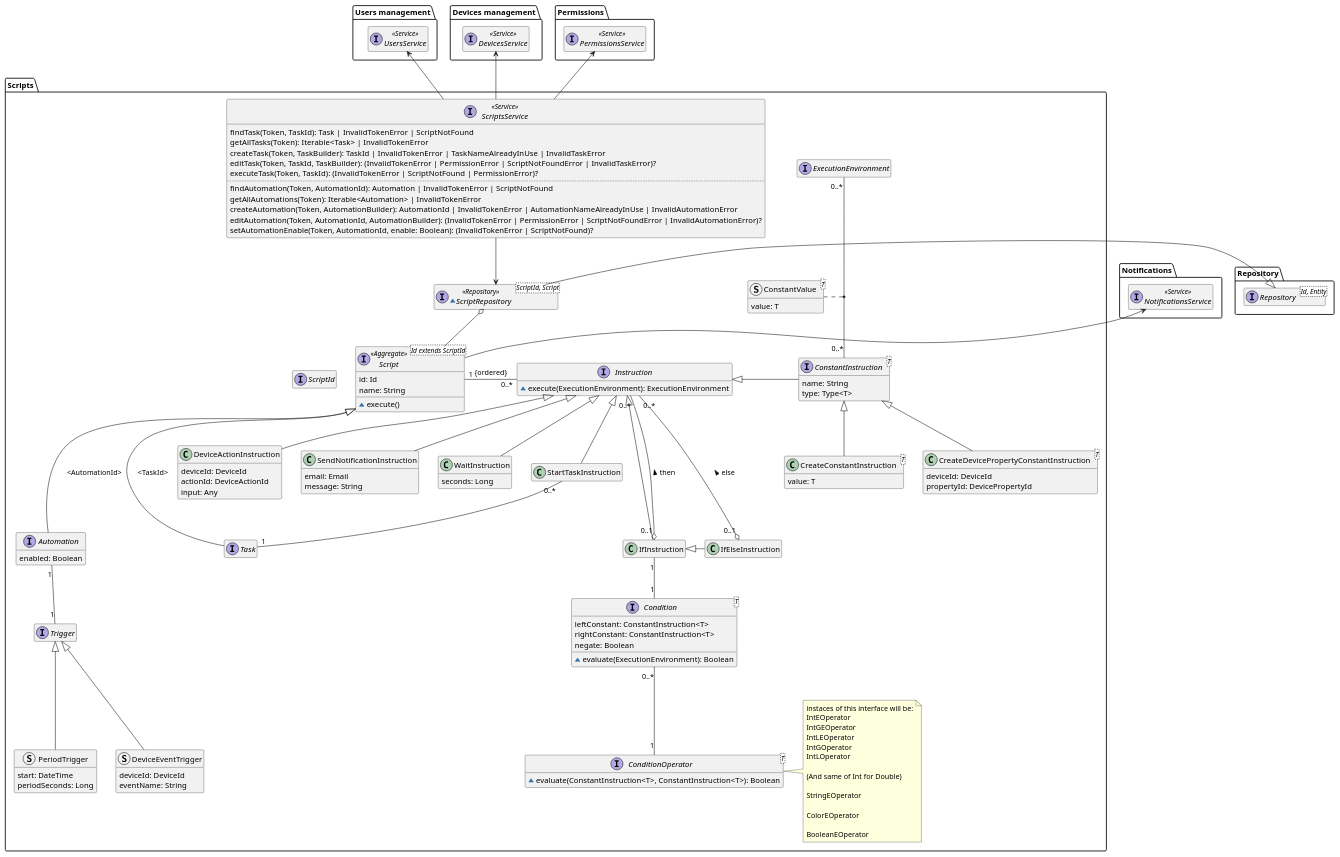
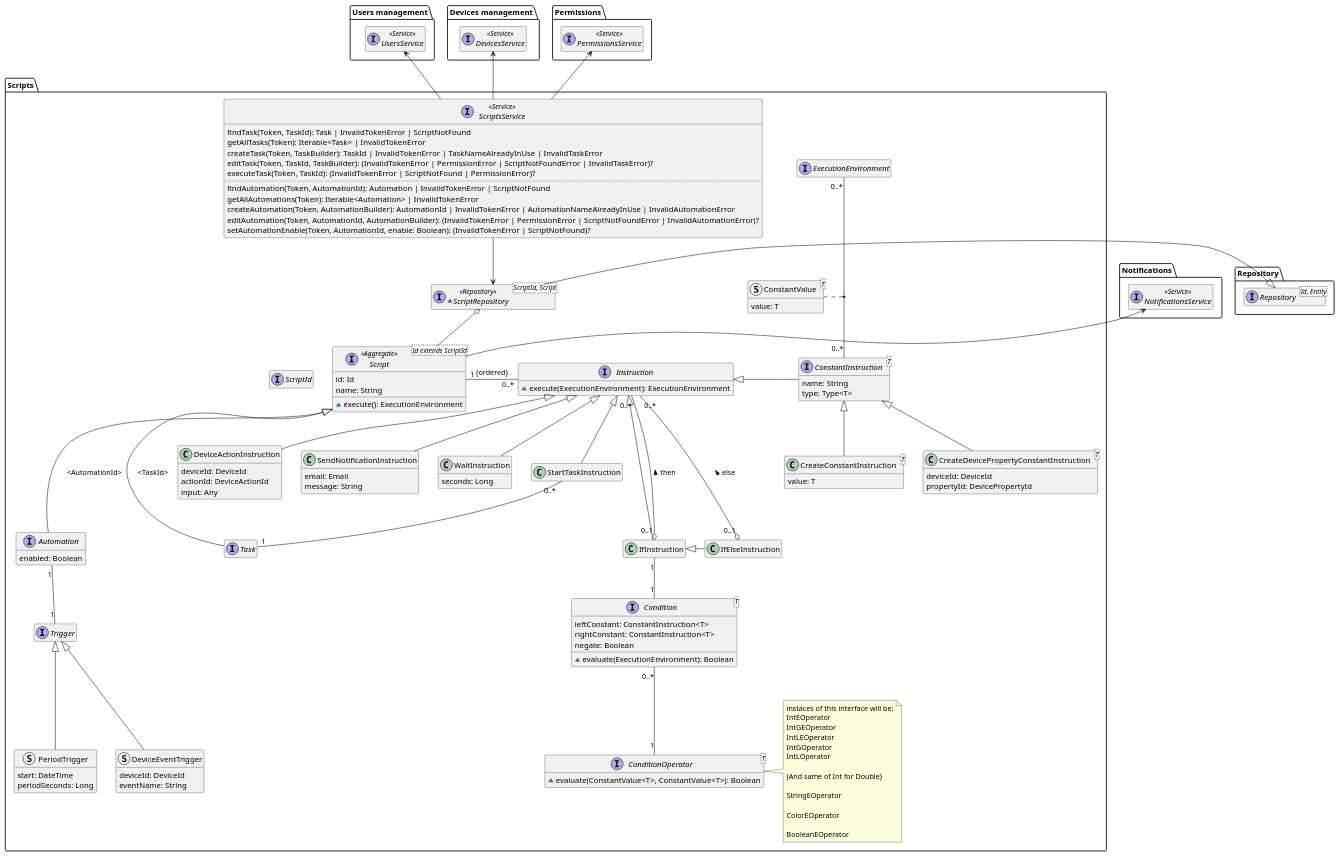
Before and after one commit to DomoticASW/.github: the diagram in diagrams/src/scripts-domain-model.puml, drawn with PlantUML. The commit also changed 2 other files, not shown here.

```diff
--- a/diagrams/src/scripts-domain-model.puml
+++ b/diagrams/src/scripts-domain-model.puml
@@ -1,165 +1,165 @@
 @startuml scripts-domain-model
 
 hide empty members
 package Repository{
     interface Repository<Id, Entity>
 }
 
 package "Users management" as UsersManagement {
     interface UsersService <<Service>>
 }
 
 package "Devices management" as DevicesManagement {
     interface DevicesService <<Service>>
 }
 
 package Permissions {
     interface PermissionsService <<Service>>
 }
 
 package Notifications {
     interface NotificationsService <<Service>>
 }
 
 package "Scripts" {
 
     interface ScriptId
 
     interface Script<Id extends ScriptId> <<Aggregate>> {
         id: Id
         name: String
-        ~execute()
+        ~execute(): ExecutionEnvironment
     }
 
     interface Task
     interface Automation {
         enabled: Boolean
     }
 
     interface Trigger
 
     struct DeviceEventTrigger extends Trigger {
         deviceId: DeviceId
         eventName: String
     }
 
     struct PeriodTrigger extends Trigger {
         start: DateTime
         periodSeconds: Long
     }
 
     interface Instruction {
         ~execute(ExecutionEnvironment): ExecutionEnvironment
     }
     class StartTaskInstruction extends Instruction
 
     class DeviceActionInstruction extends Instruction {
         deviceId: DeviceId
         actionId: DeviceActionId
         input: Any
     }
 
     class IfInstruction
 
     class IfElseInstruction
 
     class SendNotificationInstruction extends Instruction {
         email: Email
         message: String
     }
 
     class WaitInstruction extends Instruction {
         seconds: Long
     }
 
     interface ConstantInstruction<T> {
         name: String
         type: Type<T>
     }
 
     class CreateDevicePropertyConstantInstruction<T> extends ConstantInstruction {
         deviceId: DeviceId
         propertyId: DevicePropertyId
     }
 
     class CreateConstantInstruction<T> extends ConstantInstruction {
         value: T
     }
 
     interface Condition<T> {
         leftConstant: ConstantInstruction<T>
         rightConstant: ConstantInstruction<T>
         negate: Boolean
         ~evaluate(ExecutionEnvironment): Boolean
     }
 
     interface ConditionOperator<T> {
-        ~evaluate(ConstantInstruction<T>, ConstantInstruction<T>): Boolean
+        ~evaluate(ConstantValue<T>, ConstantValue<T>): Boolean
     }
 
     note right of ConditionOperator
         instaces of this interface will be:
         IntEOperator
         IntGEOperator
         IntLEOperator
         IntGOperator
         IntLOperator
 
         (And same of Int for Double)
 
         StringEOperator
 
         ColorEOperator
 
         BooleanEOperator
     end note
 
     interface ExecutionEnvironment
 
     struct ConstantValue<T> {
         value: T
     }
 
     ExecutionEnvironment "0..*" -- "0..*" ConstantInstruction
     ConstantValue .. (ExecutionEnvironment, ConstantInstruction)
 
     ~interface ScriptRepository<ScriptId, Script> <<Repository>> {
     }
     ScriptRepository -l-|> Repository.Repository
     ScriptRepository o-- Script
 
     interface ScriptsService <<Service>> {
         findTask(Token, TaskId): Task | InvalidTokenError | ScriptNotFound
         getAllTasks(Token): Iterable<Task> | InvalidTokenError
         createTask(Token, TaskBuilder): TaskId | InvalidTokenError | TaskNameAlreadyInUse | InvalidTaskError
         editTask(Token, TaskId, TaskBuilder): (InvalidTokenError | PermissionError | ScriptNotFoundError | InvalidTaskError)?
         executeTask(Token, TaskId): (InvalidTokenError | ScriptNotFound | PermissionError)?
         ..
         findAutomation(Token, AutomationId): Automation | InvalidTokenError | ScriptNotFound
         getAllAutomations(Token): Iterable<Automation> | InvalidTokenError
         createAutomation(Token, AutomationBuilder): AutomationId | InvalidTokenError | AutomationNameAlreadyInUse | InvalidAutomationError
         editAutomation(Token, AutomationId, AutomationBuilder): (InvalidTokenError | PermissionError | ScriptNotFoundError | InvalidAutomationError)?
         setAutomationEnable(Token, AutomationId, enable: Boolean): (InvalidTokenError | ScriptNotFound)?
     }
 
     Script -l[hidden] ScriptId
     Script <|-- Task : "<TaskId>"
     Script <|--- Automation : "<AutomationId>"
     Automation "1" -- "1" Trigger
     Script "1" -r- "0..*" Instruction : "{ordered}"
     IfInstruction --u-|> Instruction
     IfElseInstruction -l-|> IfInstruction
     IfInstruction "0..1" o-u- "0..*" Instruction : "then >"
     IfInstruction "1" -- "1" Condition
     IfElseInstruction "0..1" o-u- "0..*" Instruction : "else >"
     StartTaskInstruction "0..*" -- "1" Task
     Condition "0..*" -- "1" ConditionOperator
     ConstantInstruction -l-|> Instruction
     ScriptsService --> ScriptRepository
     ScriptsService -u-> Permissions.PermissionsService
     ScriptsService -u-> DevicesManagement.DevicesService
     ScriptsService -u-> UsersManagement.UsersService
     Script -u-> Notifications.NotificationsService
 }
 
 @enduml
```
